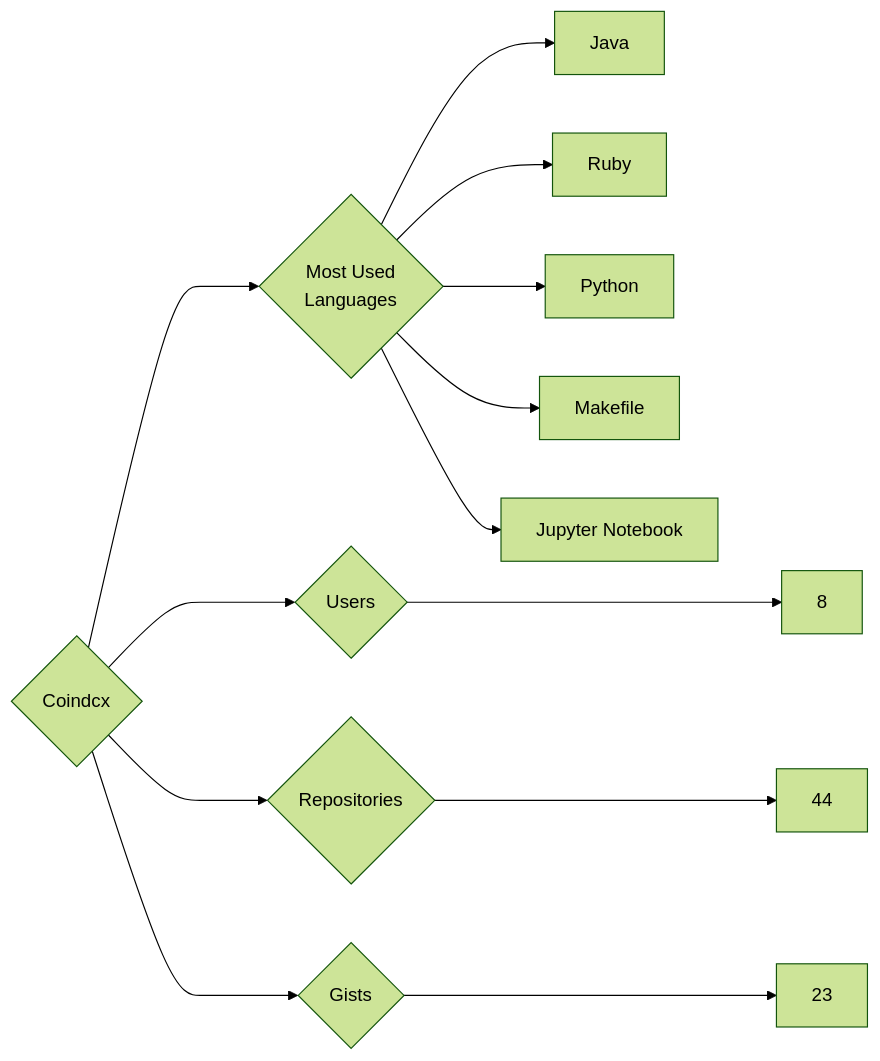
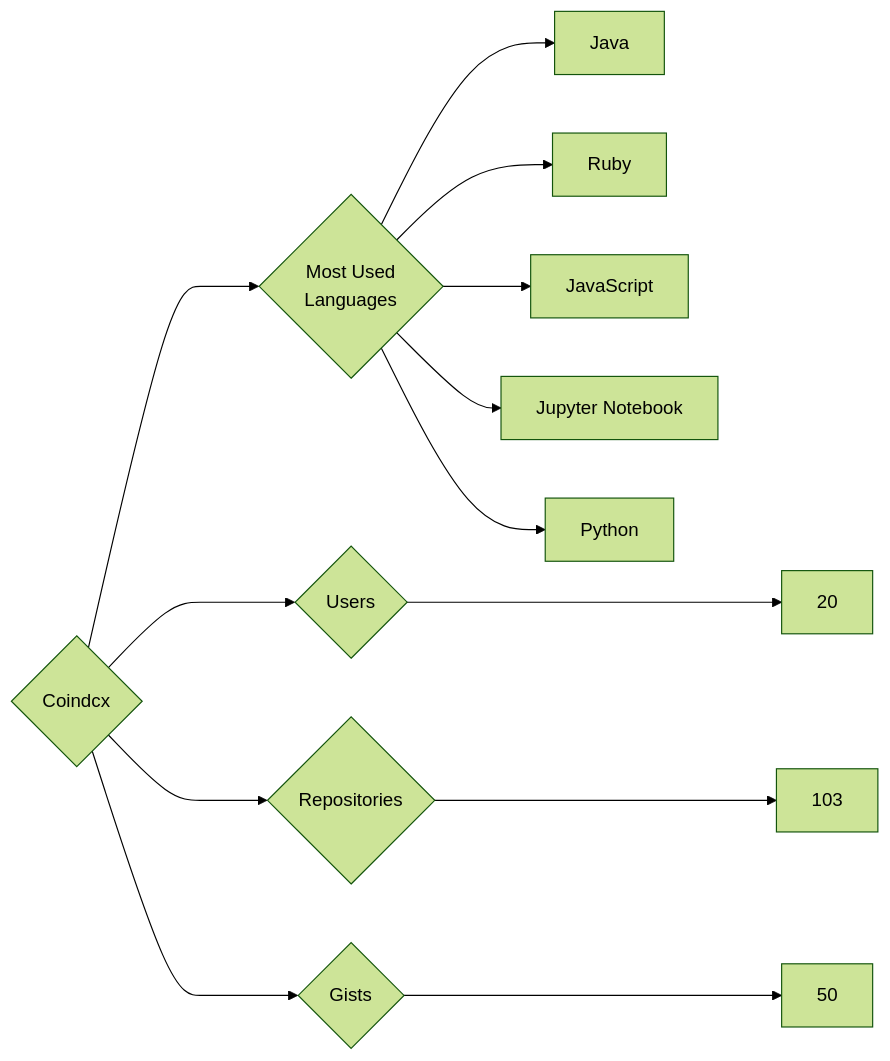
One commit to trickest/insiders changed the diagram in targets/Coindcx/README.md. Above: the diagram before and after it, drawn with Mermaid (forest theme). The commit also changed 914 other files, not shown here.

````diff
--- a/targets/Coindcx/README.md
+++ b/targets/Coindcx/README.md
@@ -3,13 +3,13 @@
 ```mermaid
 graph LR
 COMPANY_NAME{Coindcx}
-COMPANY_NAME ---> U{Users} ---> UN[8]
-COMPANY_NAME ---> R{Repositories} ---> RN[44]
-COMPANY_NAME ---> G{Gists} ---> GN[23]
+COMPANY_NAME ---> U{Users} ---> UN[20]
+COMPANY_NAME ---> R{Repositories} ---> RN[103]
+COMPANY_NAME ---> G{Gists} ---> GN[50]
 COMPANY_NAME ---> ML{Most Used<br>Languages}
 ML --> Java[Java]
 ML --> Ruby[Ruby]
+ML --> JavaScript[JavaScript]
+ML --> Jupyter_Notebook[Jupyter Notebook]
 ML --> Python[Python]
-ML --> Makefile[Makefile]
-ML --> Jupyter_Notebook[Jupyter Notebook]
 ```
````
